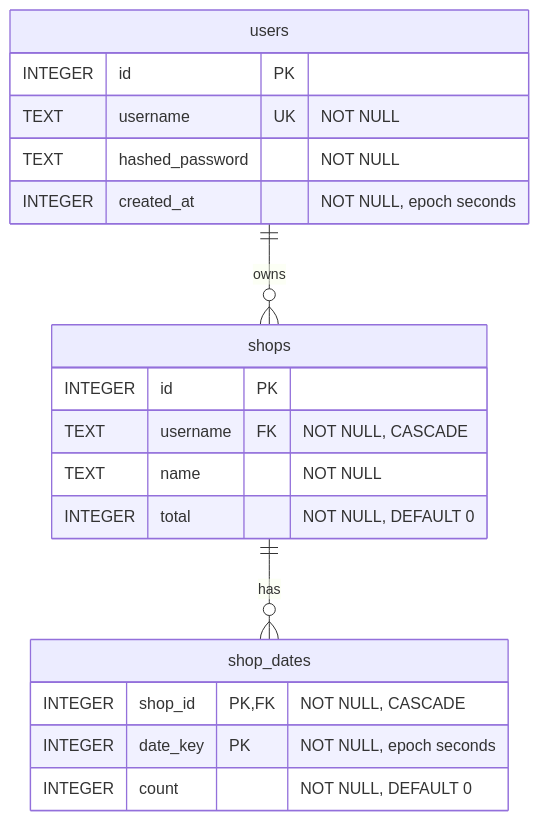
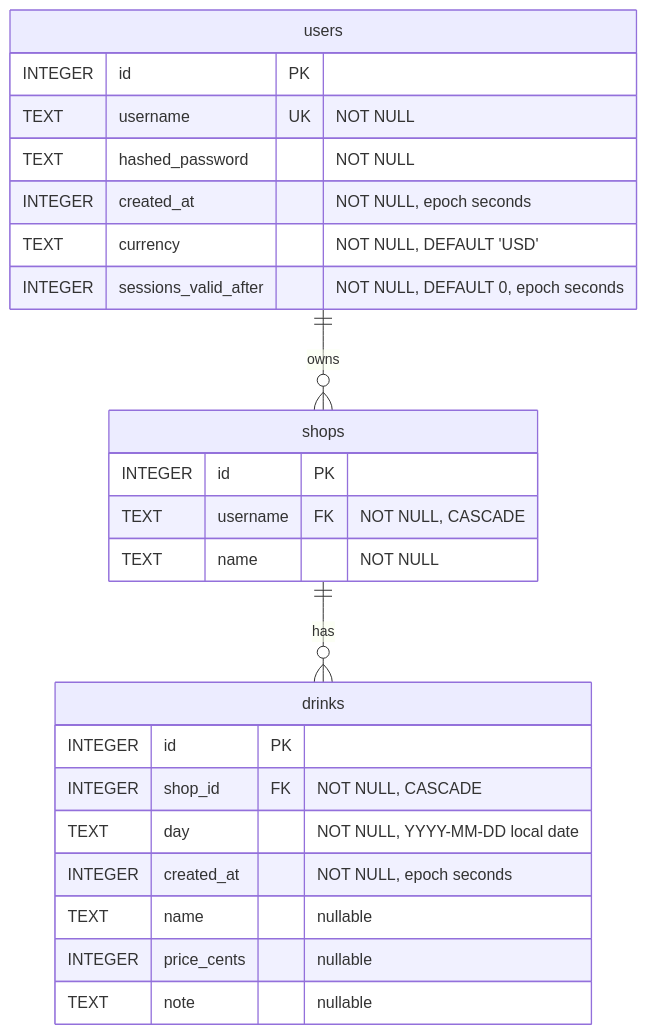
Before and after one commit to Tom-the-Bomb/boba-log: the diagram in schema.mmd, drawn with Mermaid. The commit also changed 5 other files, not shown here.

Commit message:
move schema to d1 migrations

```diff
--- a/schema.mmd
+++ b/schema.mmd
@@ -1,23 +1,28 @@
 erDiagram
   users ||--o{ shops : "owns"
-  shops ||--o{ shop_dates : "has"
+  shops ||--o{ drinks : "has"
 
   users {
     INTEGER id PK
     TEXT username UK "NOT NULL"
     TEXT hashed_password "NOT NULL"
     INTEGER created_at "NOT NULL, epoch seconds"
+    TEXT currency "NOT NULL, DEFAULT 'USD'"
+    INTEGER sessions_valid_after "NOT NULL, DEFAULT 0, epoch seconds"
   }
 
   shops {
     INTEGER id PK
     TEXT username FK "NOT NULL, CASCADE"
     TEXT name "NOT NULL"
-    INTEGER total "NOT NULL, DEFAULT 0"
   }
 
-  shop_dates {
-    INTEGER shop_id PK,FK "NOT NULL, CASCADE"
-    INTEGER date_key PK "NOT NULL, epoch seconds"
-    INTEGER count "NOT NULL, DEFAULT 0"
+  drinks {
+    INTEGER id PK
+    INTEGER shop_id FK "NOT NULL, CASCADE"
+    TEXT day "NOT NULL, YYYY-MM-DD local date"
+    INTEGER created_at "NOT NULL, epoch seconds"
+    TEXT name "nullable"
+    INTEGER price_cents "nullable"
+    TEXT note "nullable"
   }
```
